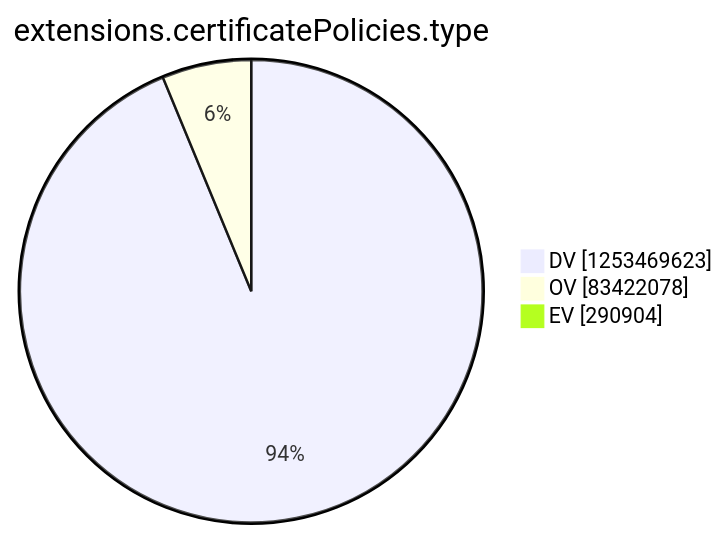
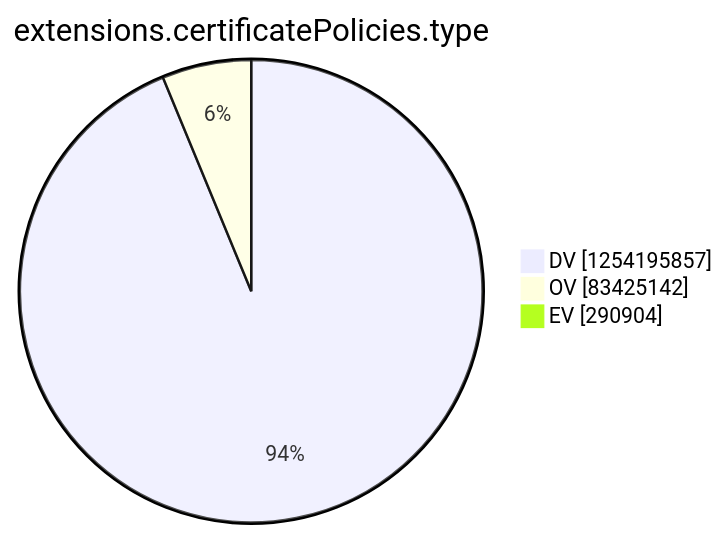
One commit to christiankrug/ctmonitor_visualization changed the tenth of 15 diagrams in argon2022/README.md. Above: the diagram before and after it, drawn with Mermaid. The commit also changed other lines of this file, not shown here.

````diff
--- a/argon2022/README.md
+++ b/argon2022/README.md
@@ -2771,7 +2771,7 @@
 ```mermaid
 pie showData
 title extensions.certificatePolicies.type
-"DV" :1253469623
-"OV" :83422078
+"DV" :1254195857
+"OV" :83425142
 "EV" :290904
 ```
````
